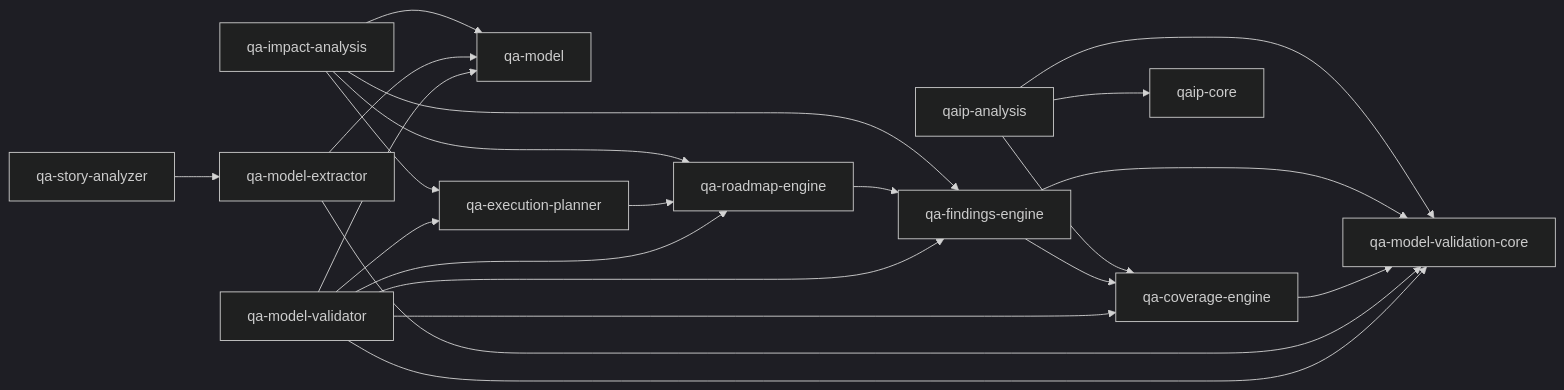
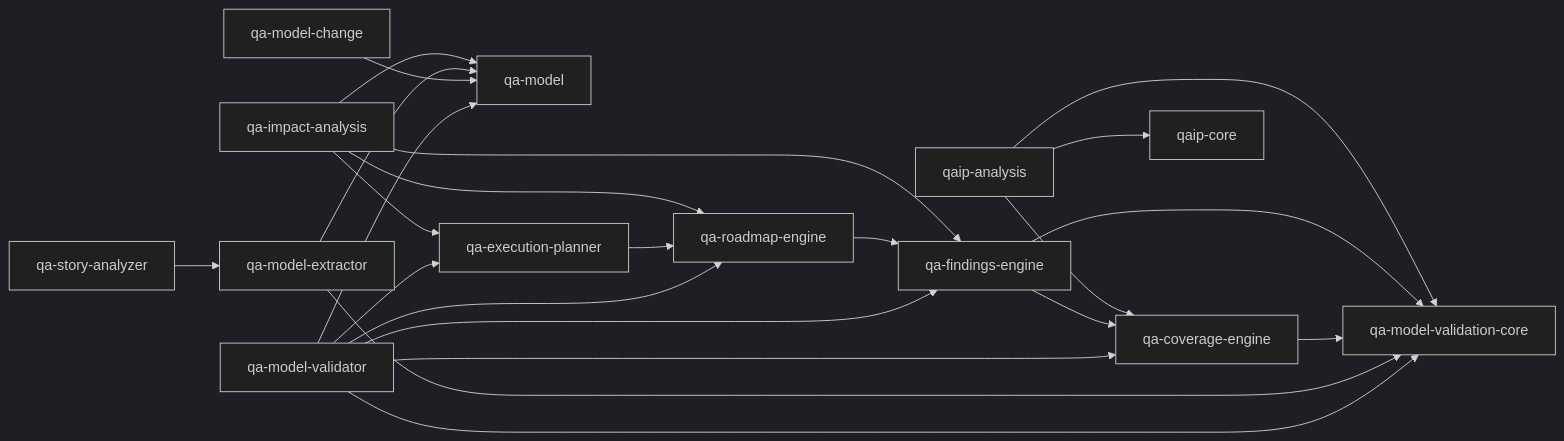
The first of 2 diagrams in docs/architecture/system-architecture.md (andreigkuznetsov/qa-knowledge-graph), drawn with Mermaid (dark theme) before and after one commit. The commit also changed 11 other files, not shown here.

````diff
--- a/docs/architecture/system-architecture.md
+++ b/docs/architecture/system-architecture.md
@@ -32,28 +32,29 @@
 ```mermaid
 flowchart LR
     validator[qa-model-validator] --> model[qa-model]
+    change[qa-model-change] --> model
     validator --> validation[qa-model-validation-core]
     validator --> coverage[qa-coverage-engine]
     validator --> findings[qa-findings-engine]
     validator --> roadmap[qa-roadmap-engine]
     validator --> execution[qa-execution-planner]
 
     extractor[qa-model-extractor] --> model
     extractor --> validation
     story[qa-story-analyzer] --> extractor
 
     coverage --> validation
     findings --> coverage
     findings --> validation
     roadmap --> findings
     execution --> roadmap
 
     impact[qa-impact-analysis] --> execution
     impact --> roadmap
     impact --> findings
     impact --> model
 
     analysis[qaip-analysis] --> core[qaip-core]
     analysis --> coverage
     analysis --> validation
 ```
````
